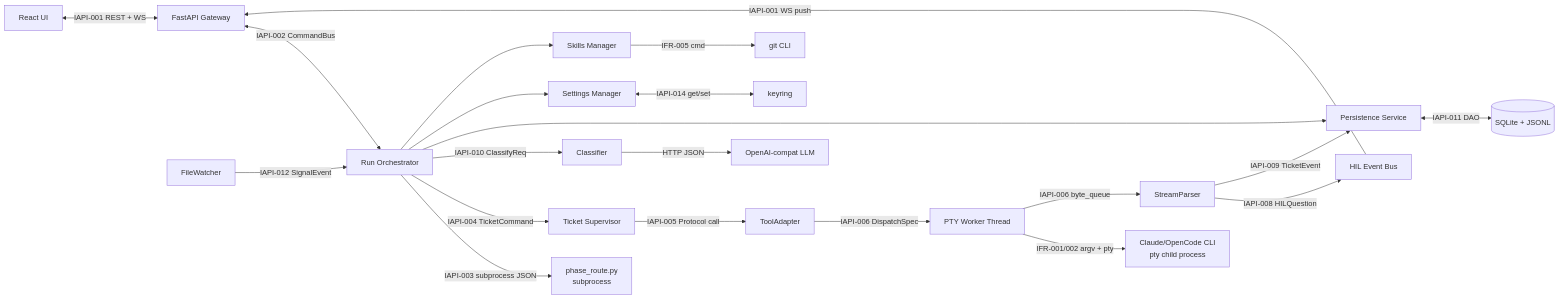
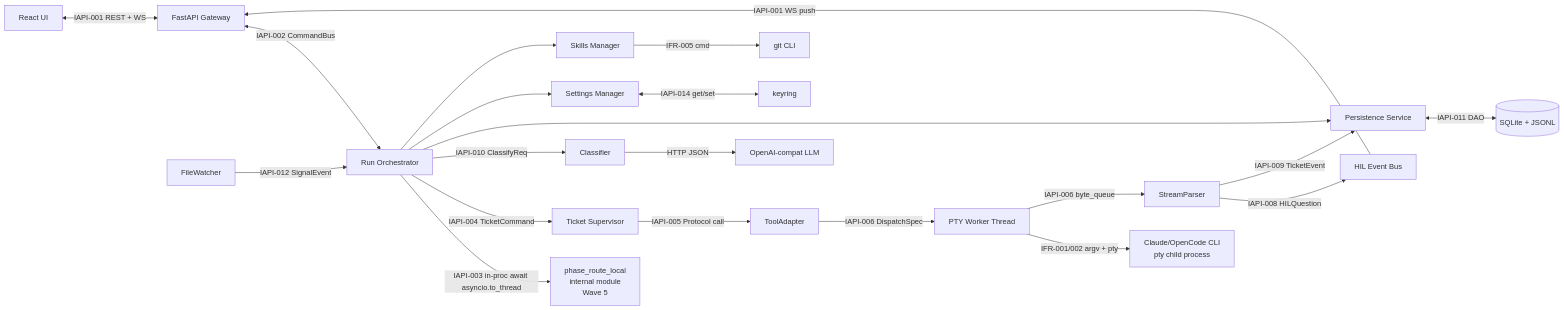
Before and after one commit to suriyel/Eva: the second of 5 diagrams in docs/plans/2026-04-21-harness-design.md, drawn with Mermaid. The commit also changed other lines of this file and 1 other file, not shown here.

First line of the commit message:
design: Wave 5 increment — F20 phase_route 内化 + spawn skill 注入 + retry/watcher/cosmetic 集成

````diff
--- a/docs/plans/2026-04-21-harness-design.md
+++ b/docs/plans/2026-04-21-harness-design.md
@@ -188,43 +188,43 @@
 ```mermaid
 graph LR
     UI[React UI]
     GW[FastAPI Gateway]
     ORCH[Run Orchestrator]
-    PRI[phase_route.py<br/>subprocess]
+    PRI[phase_route_local<br/>internal module<br/>Wave 5]
     SUP[Ticket Supervisor]
     TA[ToolAdapter]
     PTY[PTY Worker Thread]
     CLI[Claude/OpenCode CLI<br/>pty child process]
     SP[StreamParser]
     HEB[HIL Event Bus]
     PERS[Persistence Service]
     DB[(SQLite + JSONL)]
     CLASS[Classifier]
     LLM[OpenAI-compat LLM]
     FW[FileWatcher]
     SM[Skills Manager]
     GIT[git CLI]
     SET[Settings Manager]
     KR[keyring]
 
     UI <-->|IAPI-001 REST + WS| GW
     GW <-->|IAPI-002 CommandBus| ORCH
-    ORCH -->|IAPI-003 subprocess JSON| PRI
+    ORCH -->|IAPI-003 in-proc await asyncio.to_thread| PRI
     ORCH -->|IAPI-004 TicketCommand| SUP
     SUP -->|IAPI-005 Protocol call| TA
     TA -->|IAPI-006 DispatchSpec| PTY
     PTY -->|IFR-001/002 argv + pty| CLI
     PTY -->|IAPI-006 byte_queue| SP
     SP -->|IAPI-008 HILQuestion| HEB
     HEB -->|IAPI-001 WS push| GW
     SP -->|IAPI-009 TicketEvent| PERS
     ORCH -->|IAPI-010 ClassifyReq| CLASS
     CLASS -->|HTTP JSON| LLM
     PERS <-->|IAPI-011 DAO| DB
     FW -->|IAPI-012 SignalEvent| ORCH
     SM -->|IFR-005 cmd| GIT
     SET <-->|IAPI-014 get/set| KR
     ORCH --> PERS
     ORCH --> SET
     ORCH --> SM
 ```
````
